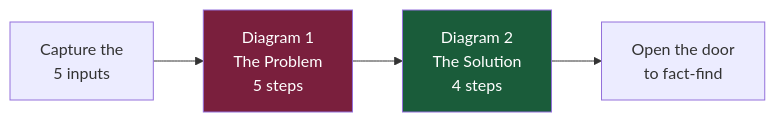
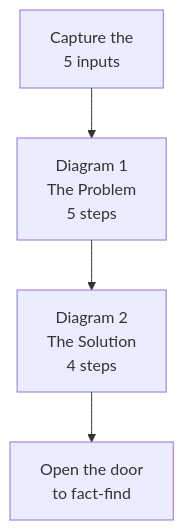
The diagram in docs/first-60-days/week-9/day-52.md (leotansingapore/aia-product-compass-hub), drawn with Mermaid before and after one commit. The commit also changed other lines of this file and 56 other files, not shown here.

Commit message:
Readability pass across first-60-days: styled HTML to tables/diagrams, cleaner formatting, no leaked metadata

````diff
--- a/docs/first-60-days/week-9/day-52.md
+++ b/docs/first-60-days/week-9/day-52.md
@@ -49,8 +49,6 @@
 ```mermaid
-flowchart LR
+flowchart TD
     A["Capture the<br/>5 inputs"] --> B["Diagram 1<br/>The Problem<br/>5 steps"]
     B --> C["Diagram 2<br/>The Solution<br/>4 steps"]
     C --> D["Open the door<br/>to fact-find"]
-    style B fill:#7a1f3d,color:#fff
-    style C fill:#1a5c3a,color:#fff
 ```
````
